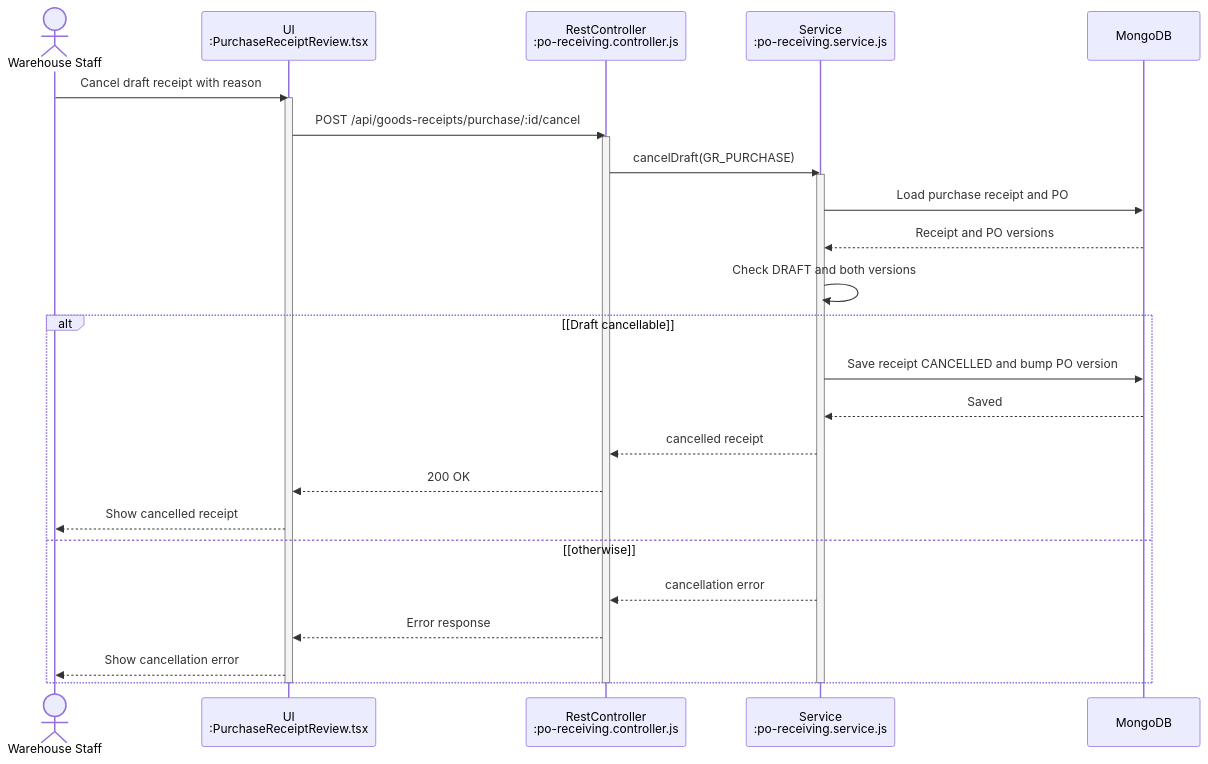
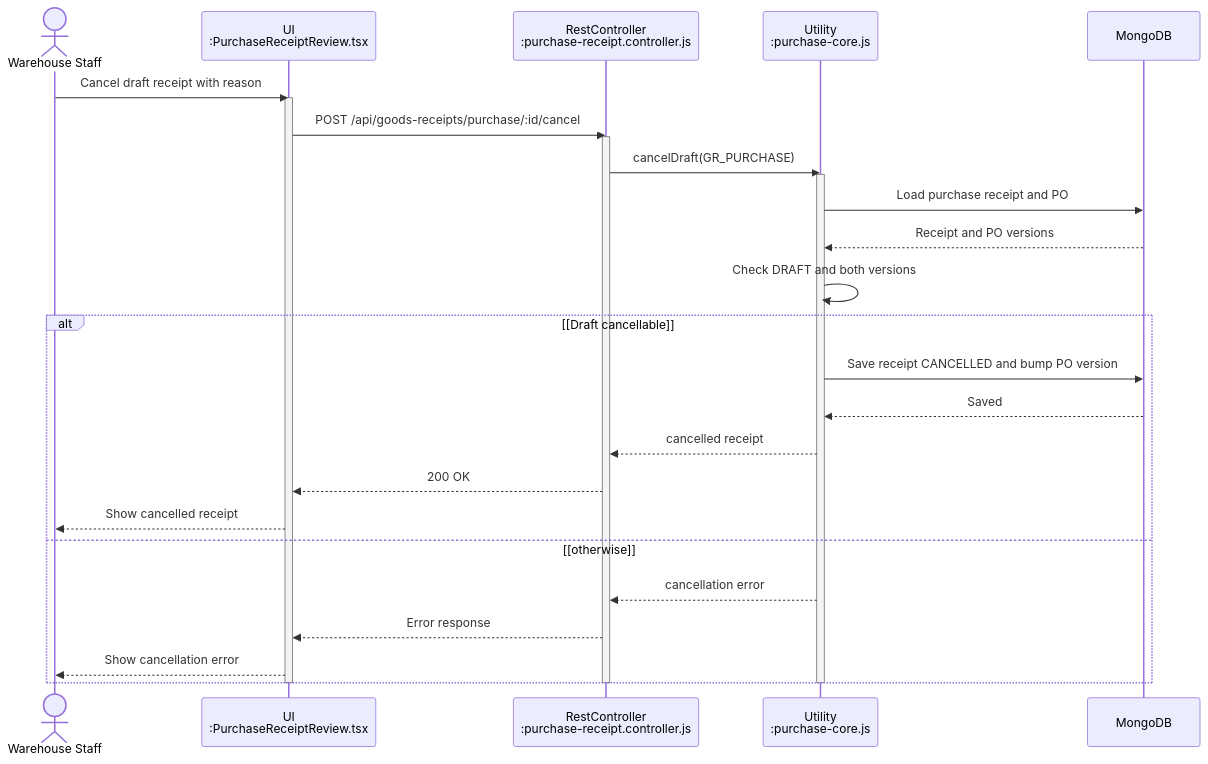
One commit to bupbalabup/wmsd_be changed diagram 23 of 46 in git_doc/docs/01_bao_cao/WMSD_Report4_Draft.md. Above: the diagram before and after it, drawn with Mermaid. The commit also changed other lines of this file and 29 other files, not shown here.

````diff
--- a/git_doc/docs/01_bao_cao/WMSD_Report4_Draft.md
+++ b/git_doc/docs/01_bao_cao/WMSD_Report4_Draft.md
@@ -1673,31 +1693,31 @@
 ```mermaid
 sequenceDiagram
   actor X as Warehouse Staff
   participant U as UI<br/>:PurchaseReceiptReview.tsx
-  participant A as RestController<br/>:po-receiving.controller.js
-  participant S as Service<br/>:po-receiving.service.js
+  participant A as RestController<br/>:purchase-receipt.controller.js
+  participant S as Utility<br/>:purchase-core.js
   participant D as MongoDB
   X->>U: Cancel draft receipt with reason
   activate U
   U->>A: POST /api/goods-receipts/purchase/:id/cancel
   activate A
   A->>S: cancelDraft(GR_PURCHASE)
   activate S
   S->>D: Load purchase receipt and PO
   D-->>S: Receipt and PO versions
   S->>S: Check DRAFT and both versions
   alt [Draft cancellable]
     S->>D: Save receipt CANCELLED and bump PO version
     D-->>S: Saved
     S-->>A: cancelled receipt
     A-->>U: 200 OK
     U-->>X: Show cancelled receipt
   else [otherwise]
     S-->>A: cancellation error
     A-->>U: Error response
     U-->>X: Show cancellation error
   end
   deactivate S
   deactivate A
   deactivate U
 ```
````
